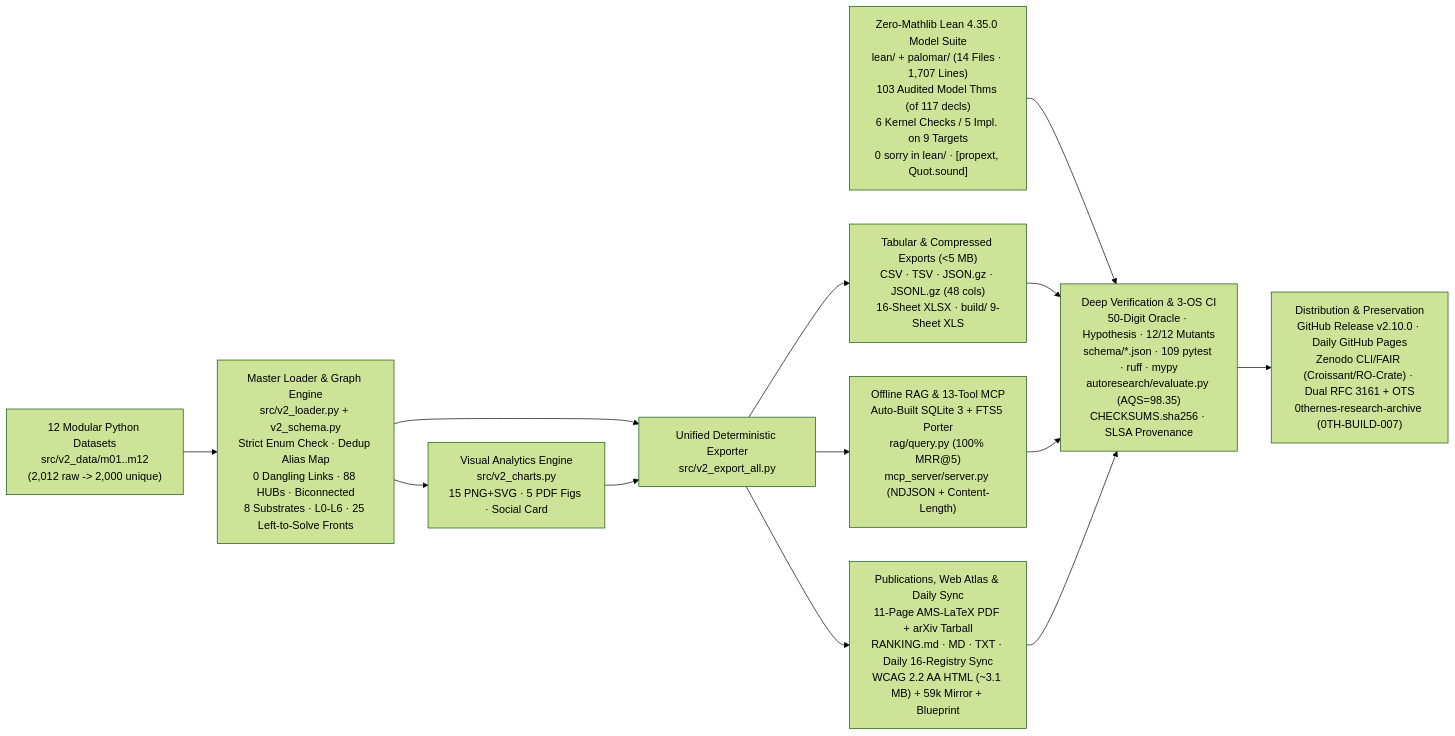
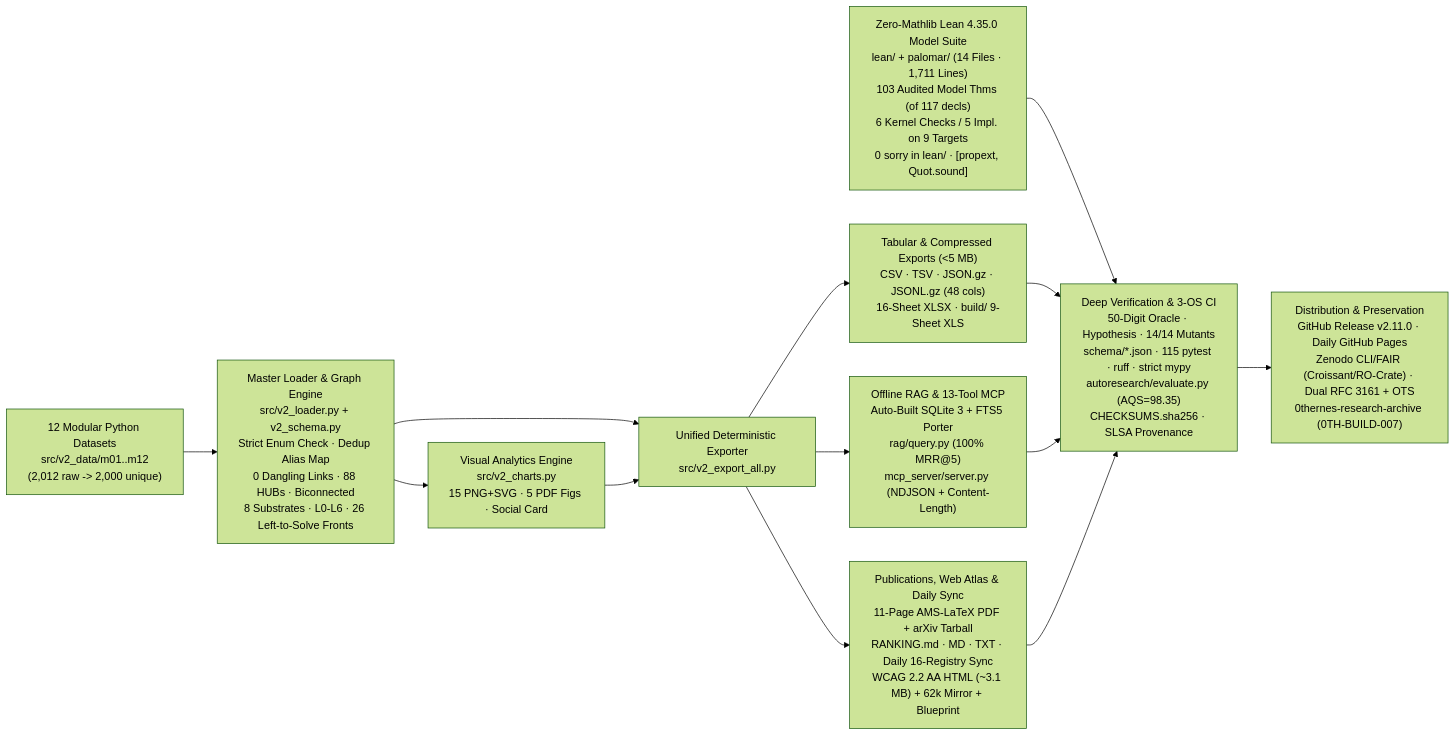
One commit to 0thernes/unsolved-problems-mega-atlas changed the diagram in ARCHITECTURE.md. Above: the diagram before and after it, drawn with Mermaid (forest theme). The commit also changed other lines of this file and 107 other files, not shown here.

Commit message:
feat(v2.11.0): Round 8 3-cycle hardening (H-1001..H-1015), live 26-front daily-sync resilience (62,790 targets / 291 crosswalk), MCP -32602 & atomic SQLite, strict mypy, 100% non-exempt SPDX, 14/14 mutants & 115 tests

````diff
--- a/ARCHITECTURE.md
+++ b/ARCHITECTURE.md
@@ -5,15 +5,15 @@
 ```mermaid
 flowchart LR
-    A["12 Modular Python Datasets\nsrc/v2_data/m01..m12\n(2,012 raw -> 2,000 unique)"] --> B["Master Loader & Graph Engine\nsrc/v2_loader.py + v2_schema.py\nStrict Enum Check · Dedup Alias Map\n0 Dangling Links · 88 HUBs · Biconnected\n8 Substrates · L0-L6 · 25 Left-to-Solve Fronts"]
+    A["12 Modular Python Datasets\nsrc/v2_data/m01..m12\n(2,012 raw -> 2,000 unique)"] --> B["Master Loader & Graph Engine\nsrc/v2_loader.py + v2_schema.py\nStrict Enum Check · Dedup Alias Map\n0 Dangling Links · 88 HUBs · Biconnected\n8 Substrates · L0-L6 · 26 Left-to-Solve Fronts"]
     B --> C["Visual Analytics Engine\nsrc/v2_charts.py\n15 PNG+SVG · 5 PDF Figs · Social Card"]
     B --> D["Unified Deterministic Exporter\nsrc/v2_export_all.py"]
     C --> D
     D --> E1["Tabular & Compressed Exports (<5 MB)\nCSV · TSV · JSON.gz · JSONL.gz (48 cols)\n16-Sheet XLSX · build/ 9-Sheet XLS"]
     D --> E2["Offline RAG & 13-Tool MCP\nAuto-Built SQLite 3 + FTS5 Porter\nrag/query.py (100% MRR@5)\nmcp_server/server.py (NDJSON + Content-Length)"]
-    D --> E3["Publications, Web Atlas & Daily Sync\n11-Page AMS-LaTeX PDF + arXiv Tarball\nRANKING.md · MD · TXT · Daily 16-Registry Sync\nWCAG 2.2 AA HTML (~3.1 MB) + 59k Mirror + Blueprint"]
-    F["Zero-Mathlib Lean 4.35.0 Model Suite\nlean/ + palomar/ (14 Files · 1,707 Lines)\n103 Audited Model Thms (of 117 decls)\n6 Kernel Checks / 5 Impl. on 9 Targets\n0 sorry in lean/ · [propext, Quot.sound]"] --> G["Deep Verification & 3-OS CI\n50-Digit Oracle · Hypothesis · 12/12 Mutants\nschema/*.json · 109 pytest · ruff · mypy\nautoresearch/evaluate.py (AQS=98.35)\nCHECKSUMS.sha256 · SLSA Provenance"]
+    D --> E3["Publications, Web Atlas & Daily Sync\n11-Page AMS-LaTeX PDF + arXiv Tarball\nRANKING.md · MD · TXT · Daily 16-Registry Sync\nWCAG 2.2 AA HTML (~3.1 MB) + 62k Mirror + Blueprint"]
+    F["Zero-Mathlib Lean 4.35.0 Model Suite\nlean/ + palomar/ (14 Files · 1,711 Lines)\n103 Audited Model Thms (of 117 decls)\n6 Kernel Checks / 5 Impl. on 9 Targets\n0 sorry in lean/ · [propext, Quot.sound]"] --> G["Deep Verification & 3-OS CI\n50-Digit Oracle · Hypothesis · 14/14 Mutants\nschema/*.json · 115 pytest · ruff · strict mypy\nautoresearch/evaluate.py (AQS=98.35)\nCHECKSUMS.sha256 · SLSA Provenance"]
     E1 --> G
     E2 --> G
     E3 --> G
-    G --> H["Distribution & Preservation\nGitHub Release v2.10.0 · Daily GitHub Pages\nZenodo CLI/FAIR (Croissant/RO-Crate) · Dual RFC 3161 + OTS\n0thernes-research-archive (0TH-BUILD-007)"]
+    G --> H["Distribution & Preservation\nGitHub Release v2.11.0 · Daily GitHub Pages\nZenodo CLI/FAIR (Croissant/RO-Crate) · Dual RFC 3161 + OTS\n0thernes-research-archive (0TH-BUILD-007)"]
 ```
````
